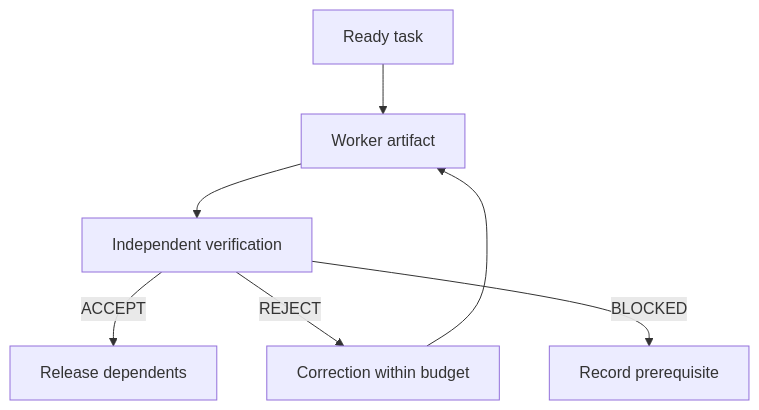
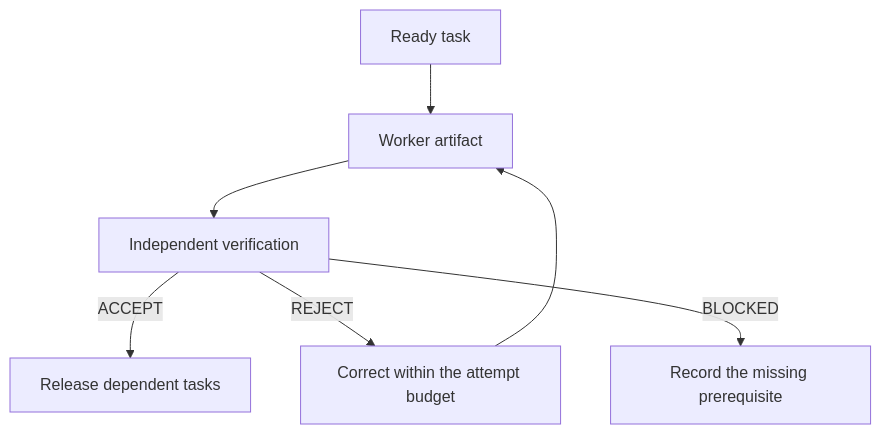
Before and after one commit to emiliodominguez/flow-skills: the diagram in docs/OVERVIEW.md, drawn with Mermaid. The commit also changed other lines of this file and 215 other files, not shown here.

````diff
--- a/docs/OVERVIEW.md
+++ b/docs/OVERVIEW.md
@@ -24,9 +25,9 @@
 ```mermaid
 flowchart TD
   A["Ready task"] --> B["Worker artifact"]
   B --> C["Independent verification"]
-  C -->|ACCEPT| D["Release dependents"]
-  C -->|REJECT| E["Correction within budget"]
+  C -->|ACCEPT| D["Release dependent tasks"]
+  C -->|REJECT| E["Correct within the attempt budget"]
   E --> B
-  C -->|BLOCKED| F["Record prerequisite"]
+  C -->|BLOCKED| F["Record the missing prerequisite"]
 ```
````
